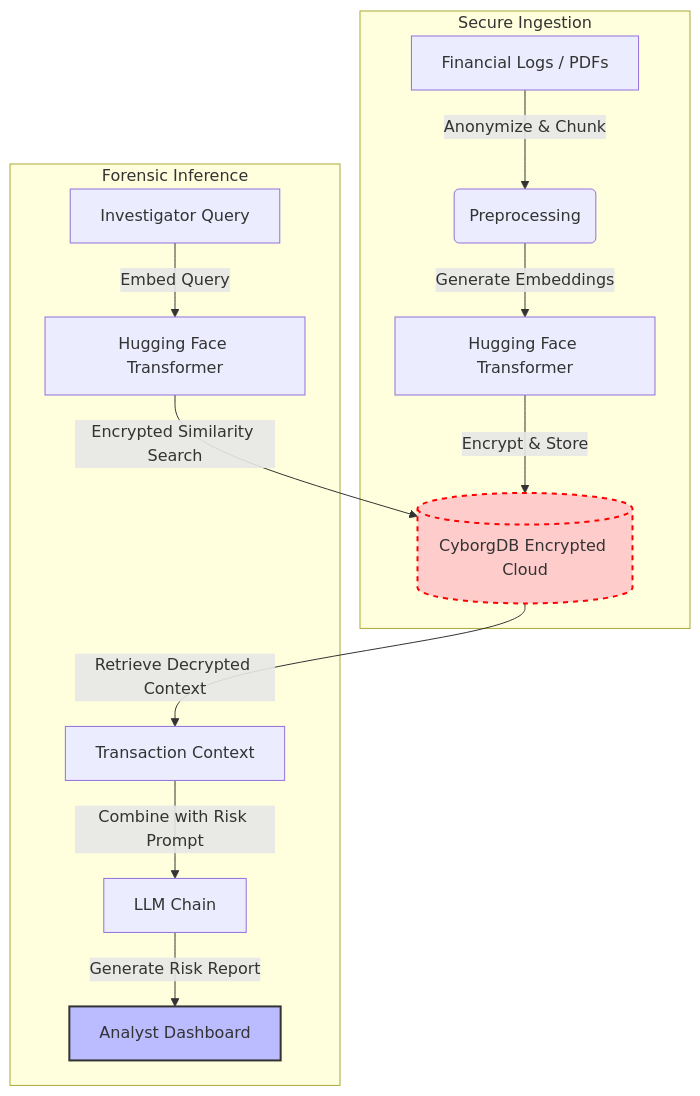
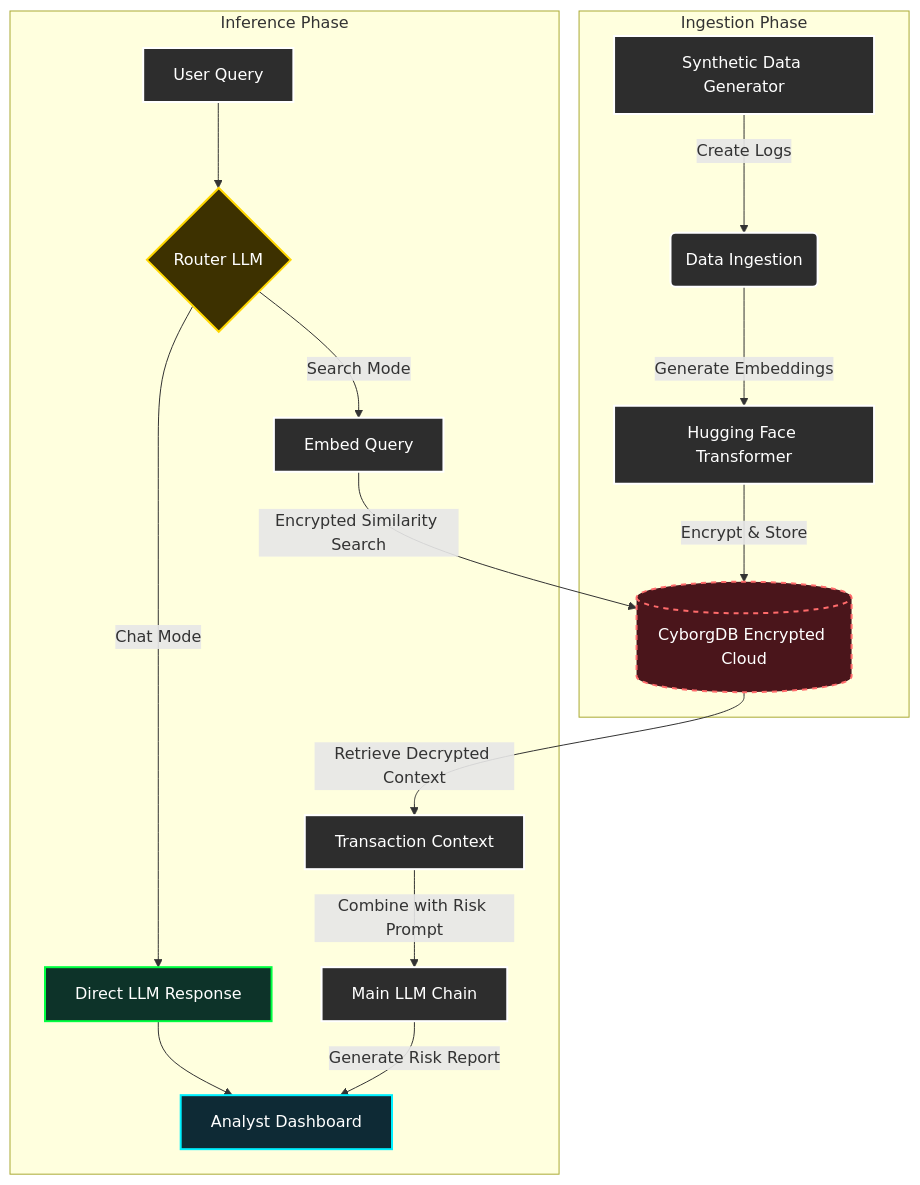
One commit to Nossks/fraud-detection changed the diagram in README.md. Above: the diagram before and after it, drawn with Mermaid. The commit also changed other lines of this file, not shown here.

````diff
--- a/README.md
+++ b/README.md
@@ -35,19 +35,47 @@
 ```mermaid
 graph TD
-    subgraph "Secure Ingestion"
-        A[Financial Logs / PDFs] -->|Anonymize & Chunk| B(Preprocessing)
+    subgraph "Ingestion Phase"
+        A[Synthetic Data Generator] -->|Create Logs| B(Data Ingestion)
         B -->|Generate Embeddings| C[Hugging Face Transformer]
         C -->|Encrypt & Store| D[(CyborgDB Encrypted Cloud)]
     end
 
-    subgraph "Forensic Inference"
-        E[Investigator Query] -->|Embed Query| F[Hugging Face Transformer]
+    subgraph "Inference Phase"
+        E[User Query] --> R{Router LLM}
+        
+        %% Chat Branch (Zero Latency)
+        R -->|Chat Mode| L[Direct LLM Response]
+        L --> I[Analyst Dashboard]
+
+        %% Search Branch (RAG)
+        R -->|Search Mode| F[Embed Query]
         F -->|Encrypted Similarity Search| D
         D -->|Retrieve Decrypted Context| G[Transaction Context]
-        G -->|Combine with Risk Prompt| H[LLM Chain]
-        H -->|Generate Risk Report| I[Analyst Dashboard]
+        G -->|Combine with Risk Prompt| H[Main LLM Chain]
+        H -->|Generate Risk Report| I
     end
 
-    style D fill:#ffcccc,stroke:#ff0000,stroke-width:2px,stroke-dasharray: 5 5
-    style I fill:#bbf,stroke:#333,stroke-width:2px
+    %% --- STYLING (Dark Theme for GitHub Visibility) ---
+    
+    %% Standard Nodes (Dark Grey)
+    style A fill:#2d2d2d,stroke:#ffffff,stroke-width:2px,color:#fff
+    style B fill:#2d2d2d,stroke:#ffffff,stroke-width:2px,color:#fff
+    style C fill:#2d2d2d,stroke:#ffffff,stroke-width:2px,color:#fff
+    style E fill:#2d2d2d,stroke:#ffffff,stroke-width:2px,color:#fff
+    style F fill:#2d2d2d,stroke:#ffffff,stroke-width:2px,color:#fff
+    style G fill:#2d2d2d,stroke:#ffffff,stroke-width:2px,color:#fff
+    style H fill:#2d2d2d,stroke:#ffffff,stroke-width:2px,color:#fff
+
+    %% Key Nodes (Colored Accents)
+    %% CyborgDB (Dark Red)
+    style D fill:#4a151b,stroke:#ff6b6b,stroke-width:2px,stroke-dasharray: 5 5,color:#fff
+    
+    %% Router (Dark Gold)
+    style R fill:#3d3100,stroke:#ffd700,stroke-width:2px,color:#fff
+    
+    %% Direct Chat (Dark Green)
+    style L fill:#0d3329,stroke:#00ff41,stroke-width:2px,color:#fff
+    
+    %% Dashboard (Dark Blue)
+    style I fill:#0e2a35,stroke:#00f0ff,stroke-width:2px,color:#fff
 ```
````
